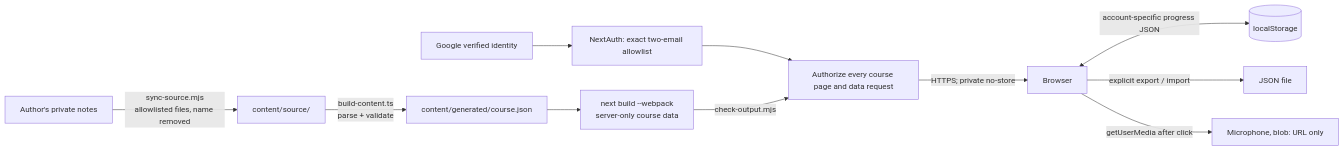
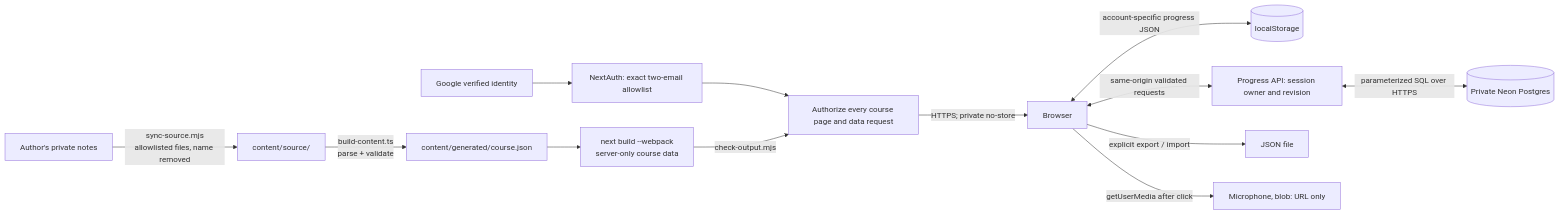
One commit to mehedi-hasan-2426/sprungbrett-deutsch changed the diagram in docs/threat-model.md. Above: the diagram before and after it, drawn with Mermaid. The commit also changed other lines of this file and 23 other files, not shown here.

First line of the commit message:
Sync per-account learning progress to private Neon storage

````diff
--- a/docs/threat-model.md
+++ b/docs/threat-model.md
@@ -8,13 +9,15 @@
 ```mermaid
 flowchart LR
     N[Author's private notes] -->|sync-source.mjs<br/>allowlisted files, name removed| S[content/source/]
     S -->|build-content.ts<br/>parse + validate| J[content/generated/course.json]
     J --> B[next build --webpack<br/>server-only course data]
     G[Google verified identity] --> A[NextAuth: exact two-email allowlist]
     A --> R[Authorize every course page and data request]
     B -->|check-output.mjs| R
     R -->|HTTPS; private no-store| BR[Browser]
     BR <-->|account-specific progress JSON| LS[(localStorage)]
+    BR <-->|same-origin validated requests| P[Progress API: session owner and revision]
+    P <-->|parameterized SQL over HTTPS| DB[(Private Neon Postgres)]
     BR -->|explicit export / import| F[JSON file]
     BR -->|getUserMedia after click| M[Microphone, blob: URL only]
 ```
````
